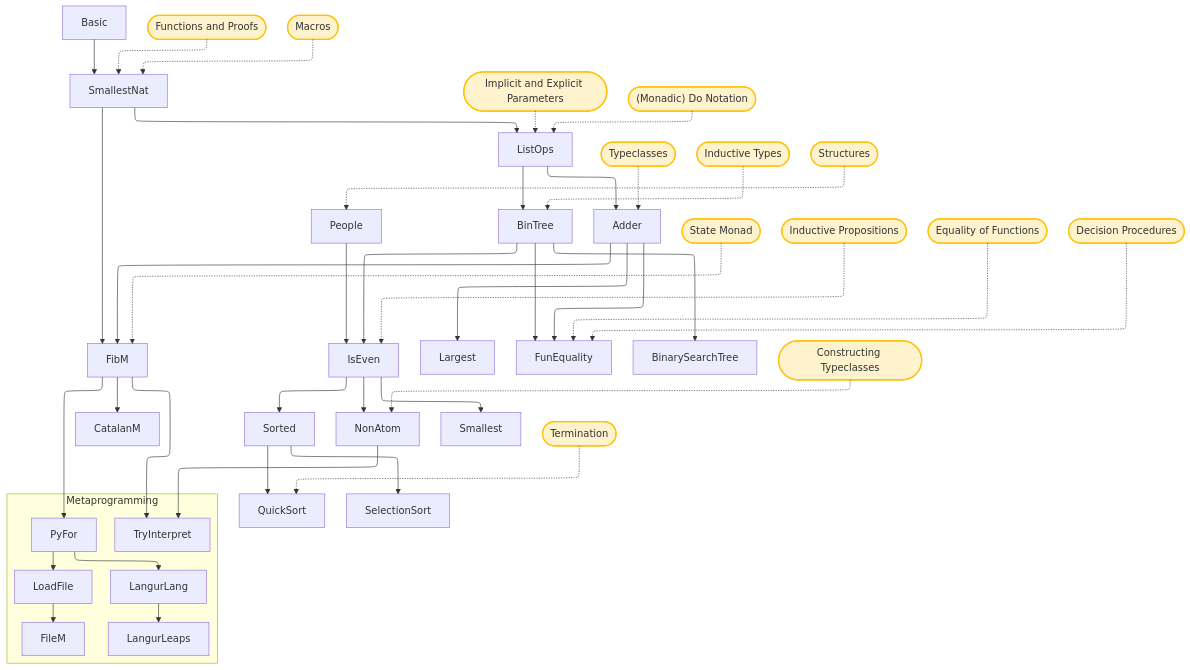
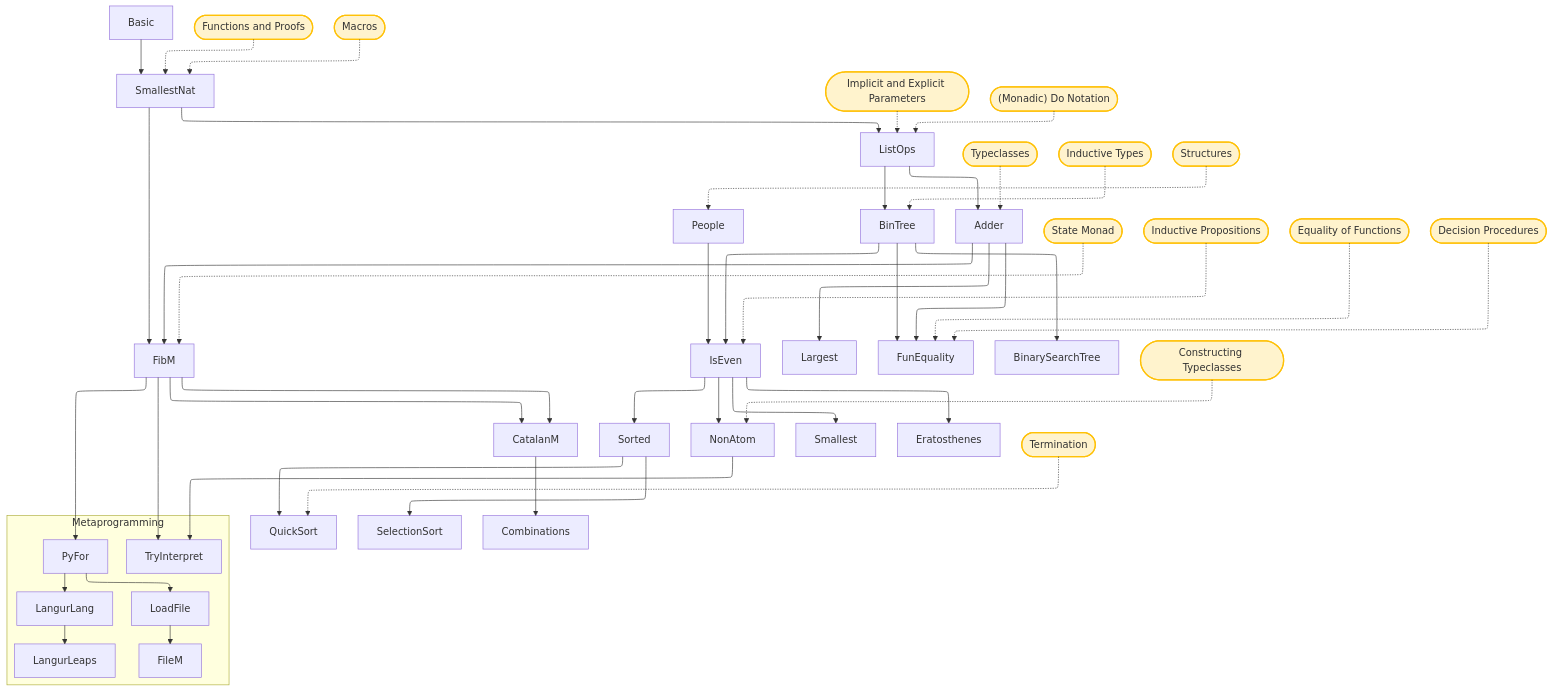
Before and after one commit to shamEiNew/LeanLangurSol: the diagram in LeanLangur/README.md, drawn with Mermaid. The commit also changed 4 other files, not shown here.

````diff
--- a/LeanLangur/README.md
+++ b/LeanLangur/README.md
@@ -55,58 +55,61 @@
 ```mermaid
 %%{init: {"flowchart": {"defaultRenderer": "elk"}} }%%
 graph TD;
   %% Core file dependencies
   Basic --> SmallestNat;
   SmallestNat --> ListOps;
   SmallestNat --> FibM;
   People --> IsEven;
   ListOps --> BinTree;
   ListOps --> Adder;
   FibM --> CatalanM;
   Adder --> Largest;
   Adder --> FunEquality;
   Adder --> FibM;
   BinTree --> BinarySearchTree;
   BinTree --> FunEquality;
   IsEven --> Sorted;
   IsEven --> NonAtom;
   IsEven --> Smallest;
   Sorted --> QuickSort;
   Sorted --> SelectionSort;
   FibM --> PyFor;
+  FibM --> CatalanM;
+  CatalanM --> Combinations
+  IsEven --> Eratosthenes
 
   %% Correction Edge
   BinTree --> IsEven;
 
   %% Metaprogramming Subgraph
   subgraph Metaprogramming
     TryInterpret
     PyFor --> LoadFile;
     LoadFile --> FileM;
     PyFor --> LangurLang;
     LangurLang --> LangurLeaps;
   end
 
   %% Connections to the TryInterpret node
   FibM --> TryInterpret;
   NonAtom --> TryInterpret;
 
   %% Concepts mapping (reversed direction and uniformly capitalized)
   c1(["Functions and Proofs"]) -.-> SmallestNat
   c2(["Macros"]) -.-> SmallestNat
   c3(["Implicit and Explicit Parameters"]) -.-> ListOps
   c4(["(Monadic) Do Notation"]) -.-> ListOps
   c5(["Typeclasses"]) -.-> Adder
   c6(["State Monad"]) -.-> FibM
   c7(["Inductive Types"]) -.-> BinTree
   c8(["Inductive Propositions"]) -.-> IsEven
   c9(["Constructing Typeclasses"]) -.-> NonAtom
   c10(["Structures"]) -.-> People
   c11(["Termination"]) -.-> QuickSort
   c12(["Equality of Functions"]) -.-> FunEquality
   c13(["Decision Procedures"]) -.-> FunEquality
 
   %% Styling for concept nodes
   classDef concept fill:#fff3cd,stroke:#ffc107,stroke-width:2px;
   class c1,c2,c3,c4,c5,c6,c7,c8,c9,c10,c11,c12,c13 concept;
 ```
````
